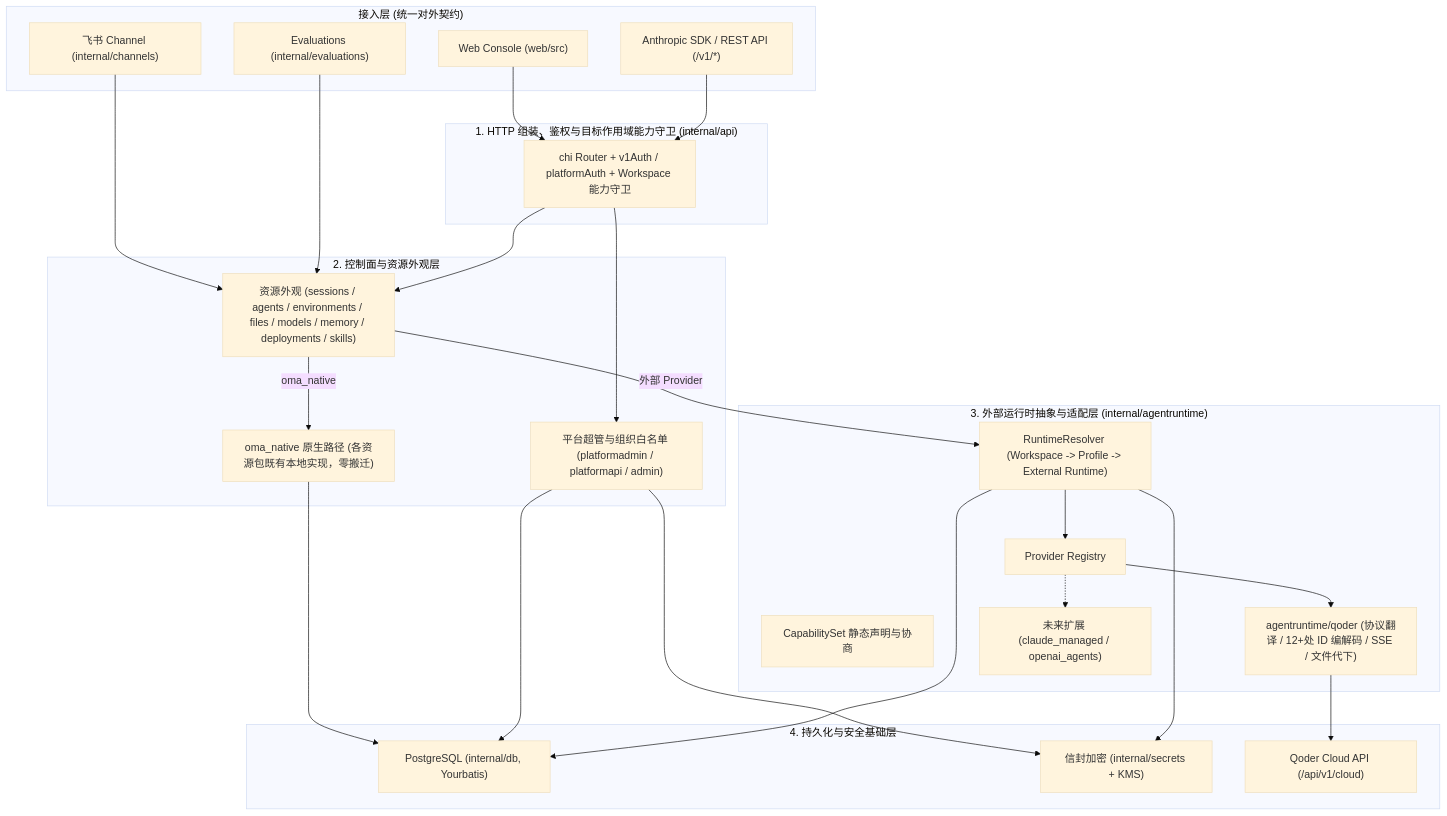
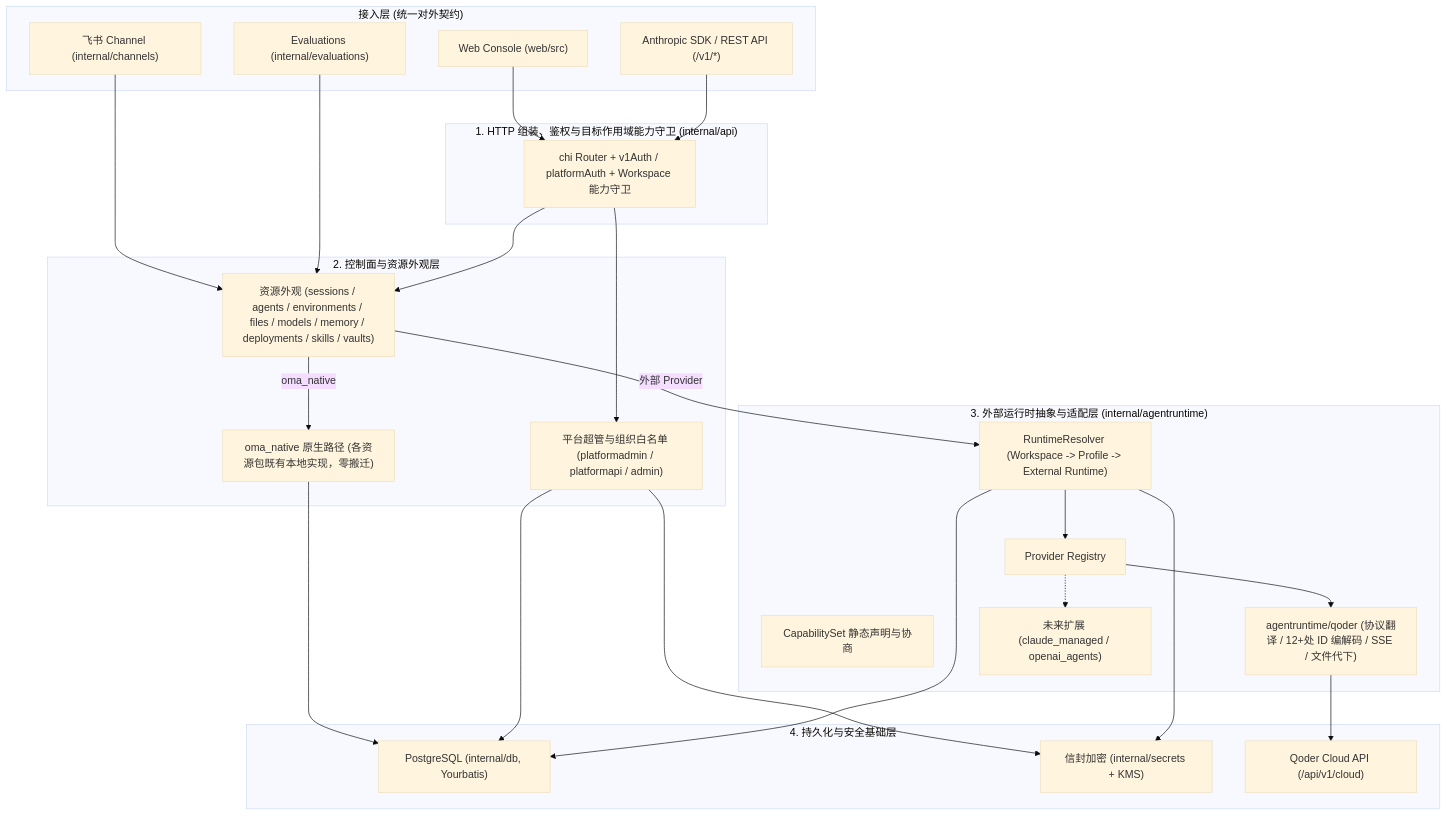
One commit to superduck-ai/open-managed-agents changed the diagram in docs/design/multi-provider-runtime.md. Above: the diagram before and after it, drawn with Mermaid (base theme). The commit also changed other lines of this file and 20 other files, not shown here.

````diff
--- a/docs/design/multi-provider-runtime.md
+++ b/docs/design/multi-provider-runtime.md
@@ -50,51 +50,51 @@
 ```mermaid
 flowchart TB
     subgraph Access["接入层 (统一对外契约)"]
         WebUI["Web Console (web/src)"]
         SDK["Anthropic SDK / REST API (/v1/*)"]
         Feishu["飞书 Channel (internal/channels)"]
         Eval["Evaluations (internal/evaluations)"]
     end
 
     subgraph API["1. HTTP 组装、鉴权与目标作用域能力守卫 (internal/api)"]
         Router["chi Router + v1Auth / platformAuth + Workspace 能力守卫"]
     end
 
     subgraph ControlPlane["2. 控制面与资源外观层"]
-        Resources["资源外观 (sessions / agents / environments / files / models / memory / deployments / skills)"]
+        Resources["资源外观 (sessions / agents / environments / files / models / memory / deployments / skills / vaults)"]
         Admin["平台超管与组织白名单 (platformadmin / platformapi / admin)"]
         NativeFast["oma_native 原生路径 (各资源包既有本地实现，零搬迁)"]
     end
 
     subgraph ExternalRT["3. 外部运行时抽象与适配层 (internal/agentruntime)"]
         Resolver["RuntimeResolver (Workspace -> Profile -> External Runtime)"]
         Caps["CapabilitySet 静态声明与协商"]
         Registry["Provider Registry"]
         Qoder["agentruntime/qoder (协议翻译 / 12+处 ID 编解码 / SSE / 文件代下)"]
         Future["未来扩展 (claude_managed / openai_agents)"]
     end
 
     subgraph Infra["4. 持久化与安全基础层"]
         DB["PostgreSQL (internal/db, Yourbatis)"]
         Secrets["信封加密 (internal/secrets + KMS)"]
         QoderAPI["Qoder Cloud API (/api/v1/cloud)"]
     end
 
     WebUI --> Router
     SDK --> Router
     Feishu --> Resources
     Eval --> Resources
     Router --> Resources
     Router --> Admin
     Resources -->|"oma_native"| NativeFast
     Resources -->|"外部 Provider"| Resolver
     Resolver --> Registry
     Registry --> Qoder
     Registry -.-> Future
     NativeFast --> DB
     Admin --> DB
     Admin --> Secrets
     Resolver --> DB
     Resolver --> Secrets
     Qoder --> QoderAPI
 ```
````
